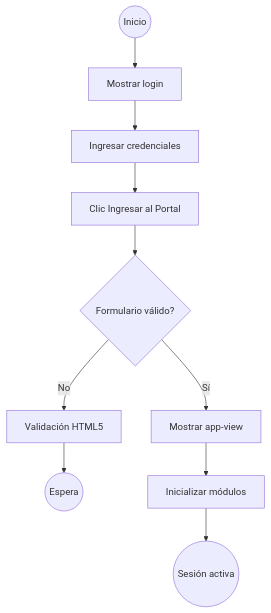
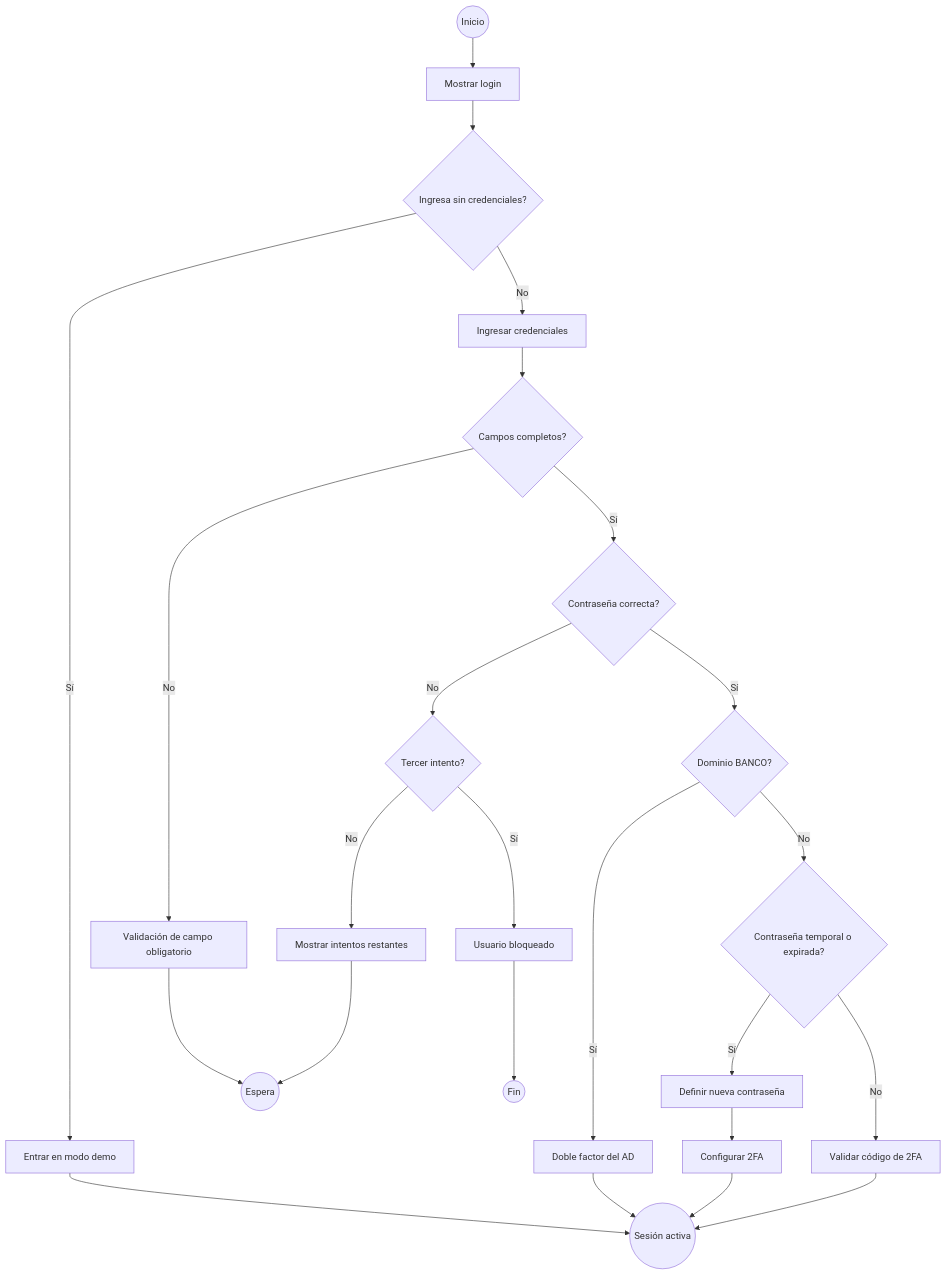
Before and after one commit to MarianaIntive/atlas-confirming-poc: the fourth of 6 diagrams in assets/funcional_v1.0.0.md, drawn with Mermaid. The commit also changed other lines of this file and 1 other file, not shown here.

````diff
--- a/assets/funcional_v1.0.0.md
+++ b/assets/funcional_v1.0.0.md
@@ -1062,12 +1107,26 @@
 ```mermaid
 flowchart TD
     Start((Inicio)) --> A[Mostrar login]
-    A --> B[Ingresar credenciales]
-    B --> C[Clic Ingresar al Portal]
-    C --> D{Formulario válido?}
-    D -->|No| E[Validación HTML5]
+    A --> Bypass{Ingresa sin credenciales?}
+    Bypass -->|Sí| Demo[Entrar en modo demo]
+    Demo --> End((Sesión activa))
+    Bypass -->|No| B[Ingresar credenciales]
+    B --> C{Campos completos?}
+    C -->|No| E[Validación de campo obligatorio]
     E --> Wait((Espera))
-    D -->|Sí| F[Mostrar app-view]
-    F --> G[Inicializar módulos]
-    G --> End((Sesión activa))
+    C -->|Sí| P{Contraseña correcta?}
+    P -->|No| I{Tercer intento?}
+    I -->|No| J[Mostrar intentos restantes]
+    J --> Wait
+    I -->|Sí| K[Usuario bloqueado]
+    K --> Fin((Fin))
+    P -->|Sí| D{Dominio BANCO?}
+    D -->|Sí| AD[Doble factor del AD]
+    AD --> End
+    D -->|No| T{Contraseña temporal o expirada?}
+    T -->|Sí| NP[Definir nueva contraseña]
+    NP --> MFA[Configurar 2FA]
+    MFA --> End
+    T -->|No| V[Validar código de 2FA]
+    V --> End
 ```
````
